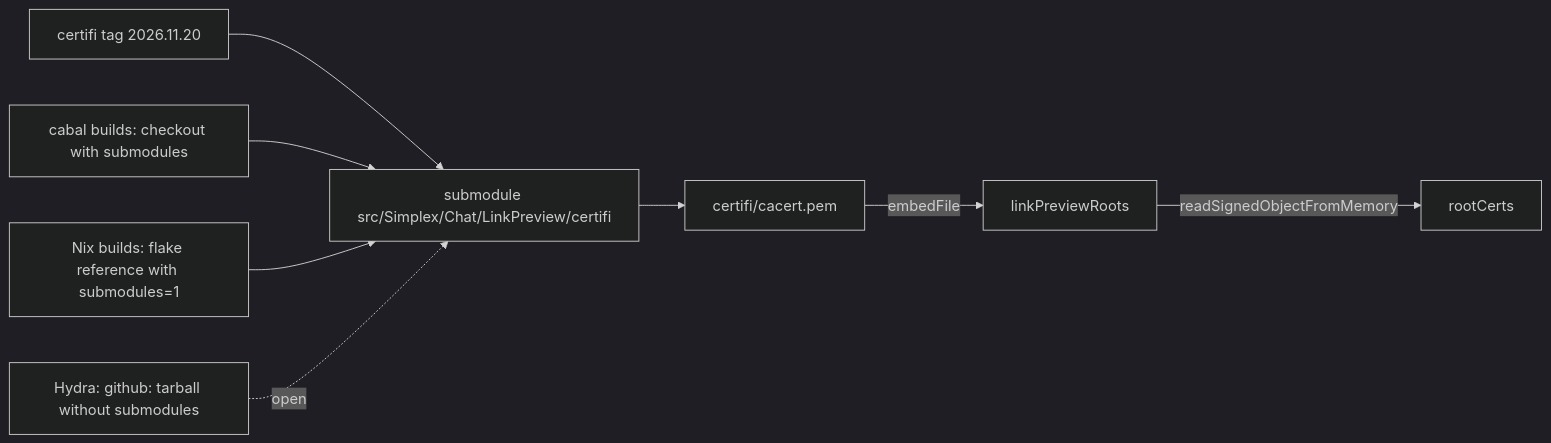
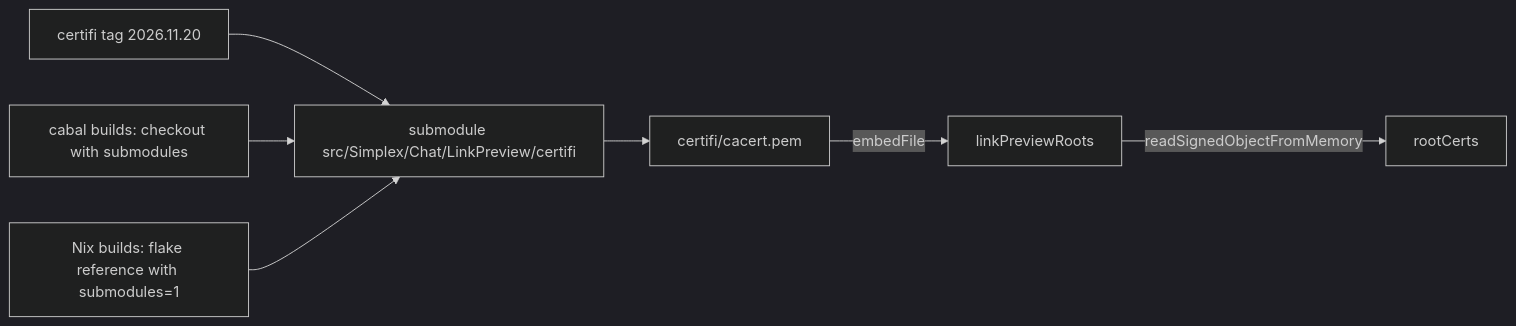
One commit to simplex-chat/simplex-chat changed the sixth of 10 diagrams in plans/2026-11-21-link-previews-core.md. Above: the diagram before and after it, drawn with Mermaid (dark theme). The commit also changed other lines of this file, not shown here.

Commit message:
docs: link preview plan without the Hydra concern

````diff
--- a/plans/2026-11-21-link-previews-core.md
+++ b/plans/2026-11-21-link-previews-core.md
@@ -428,10 +427,9 @@
 ```mermaid
 flowchart LR
   TAG["certifi tag 2026.11.20"] --> SUB["submodule src/Simplex/Chat/LinkPreview/certifi"]
   SUB --> PEM["certifi/cacert.pem"]
   PEM -->|"embedFile"| ROOTS["linkPreviewRoots"]
   ROOTS -->|"readSignedObjectFromMemory"| STORE["rootCerts"]
   CAB["cabal builds: checkout with submodules"] --> SUB
   NIX["Nix builds: flake reference with submodules=1"] --> SUB
-  HY["Hydra: github: tarball without submodules"] -.->|"open"| SUB
 ```
````
